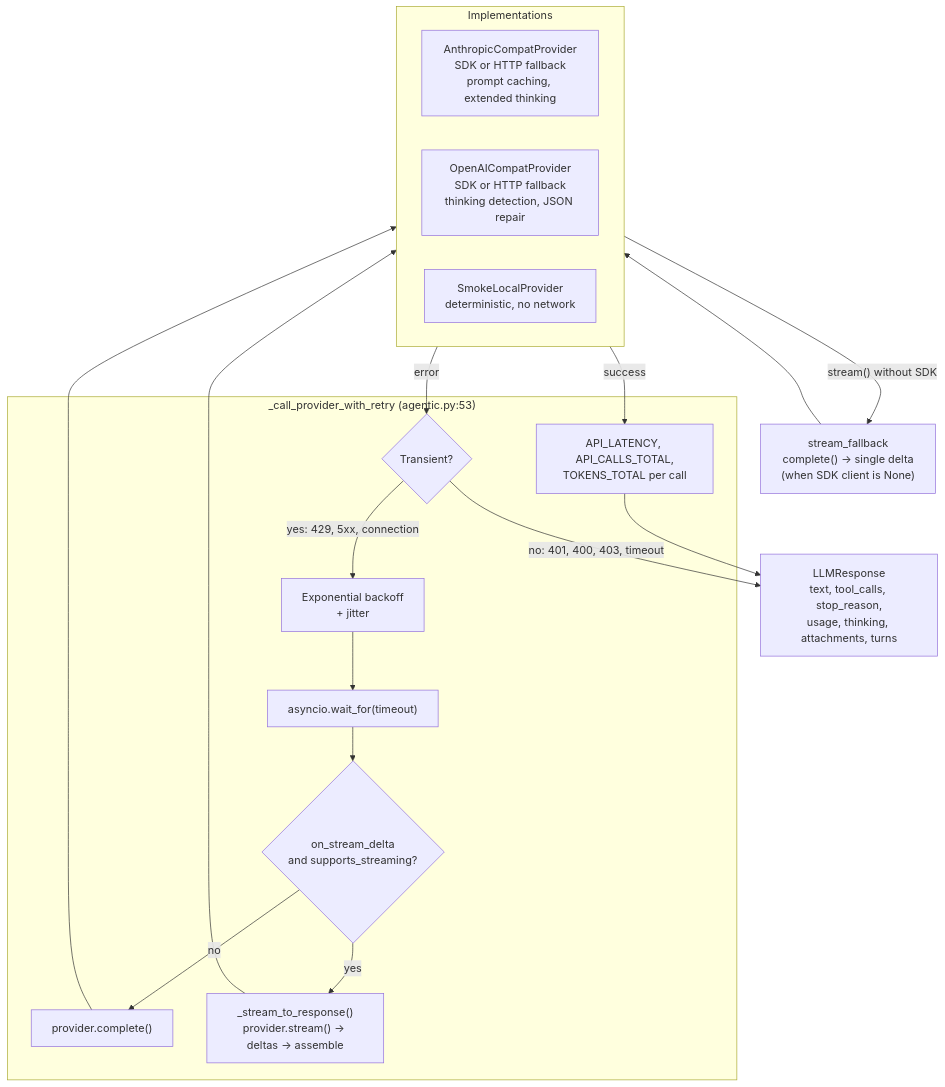
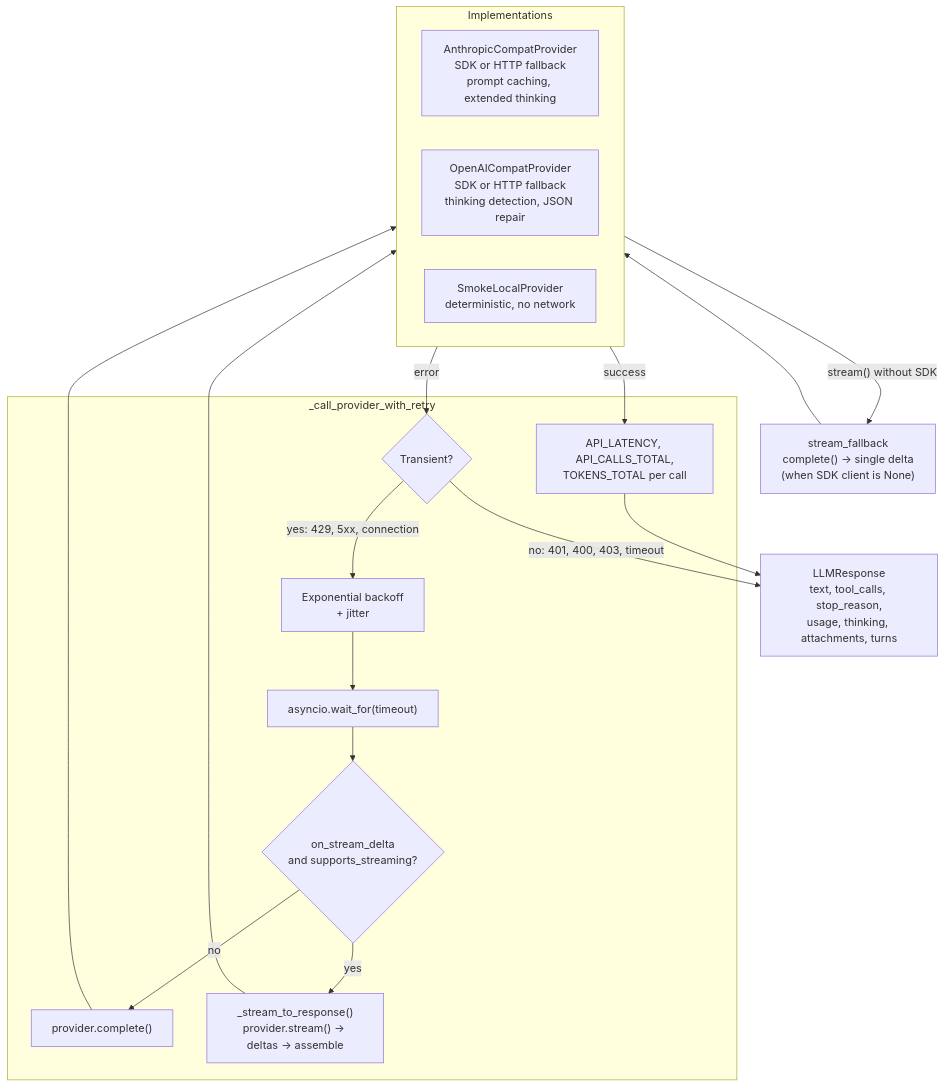
Before and after one commit to nicolasforstinger/lucyd: the fifth of 10 diagrams in docs/diagrams.md, drawn with Mermaid. The commit also changed other lines of this file and 43 other files, not shown here.

````diff
--- a/docs/diagrams.md
+++ b/docs/diagrams.md
@@ -340,31 +338,31 @@
 ```mermaid
 flowchart TD
-    subgraph Retry["_call_provider_with_retry (agentic.py:53)"]
+    subgraph Retry["_call_provider_with_retry"]
         TIMEOUT["asyncio.wait_for(timeout)"]
         STREAM_Q{"on_stream_delta<br/>and supports_streaming?"}
         COMPLETE["provider.complete()"]
         STREAM_PATH["_stream_to_response()<br/>provider.stream() → deltas → assemble"]
         METRICS["API_LATENCY, API_CALLS_TOTAL,<br/>TOKENS_TOTAL per call"]
         ERR{"Transient?"}
         BACKOFF["Exponential backoff<br/>+ jitter"]
     end
 
     subgraph Providers["Implementations"]
         ANTHROPIC["AnthropicCompatProvider<br/>SDK or HTTP fallback<br/>prompt caching, extended thinking"]
         OPENAI["OpenAICompatProvider<br/>SDK or HTTP fallback<br/>thinking detection, JSON repair"]
         SMOKE["SmokeLocalProvider<br/>deterministic, no network"]
     end
 
     FALLBACK["stream_fallback<br/>complete() → single delta<br/>(when SDK client is None)"]
 
     RESP["LLMResponse<br/>text, tool_calls, stop_reason,<br/>usage, thinking, attachments, turns"]
 
     TIMEOUT --> STREAM_Q
     STREAM_Q -->|yes| STREAM_PATH --> Providers
     STREAM_Q -->|no| COMPLETE --> Providers
     Providers -->|"stream() without SDK"| FALLBACK --> Providers
     Providers -->|success| METRICS --> RESP
     Providers -->|error| ERR
     ERR -->|"yes: 429, 5xx, connection"| BACKOFF --> TIMEOUT
     ERR -->|"no: 401, 400, 403, timeout"| RESP
 ```
````
